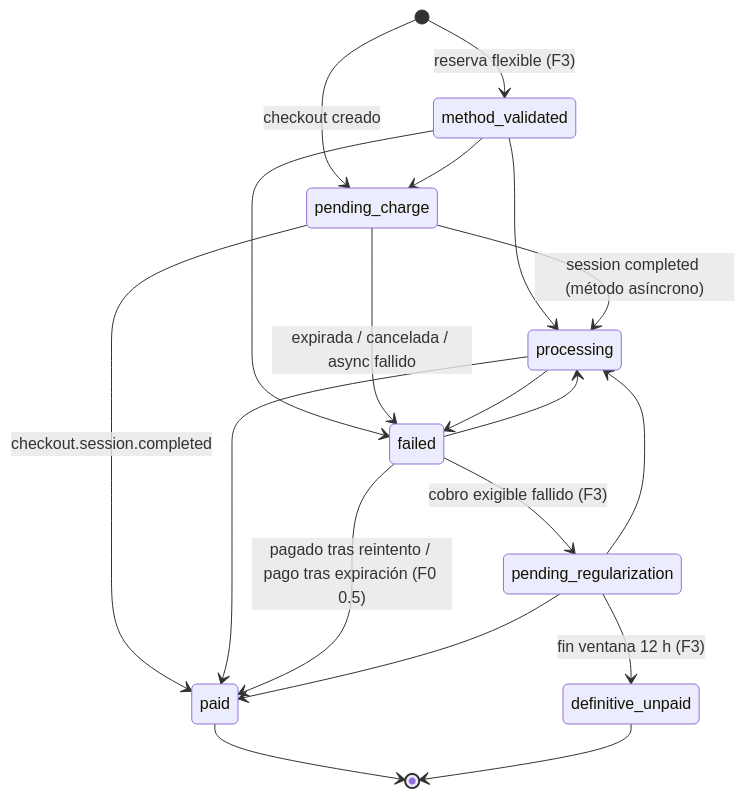
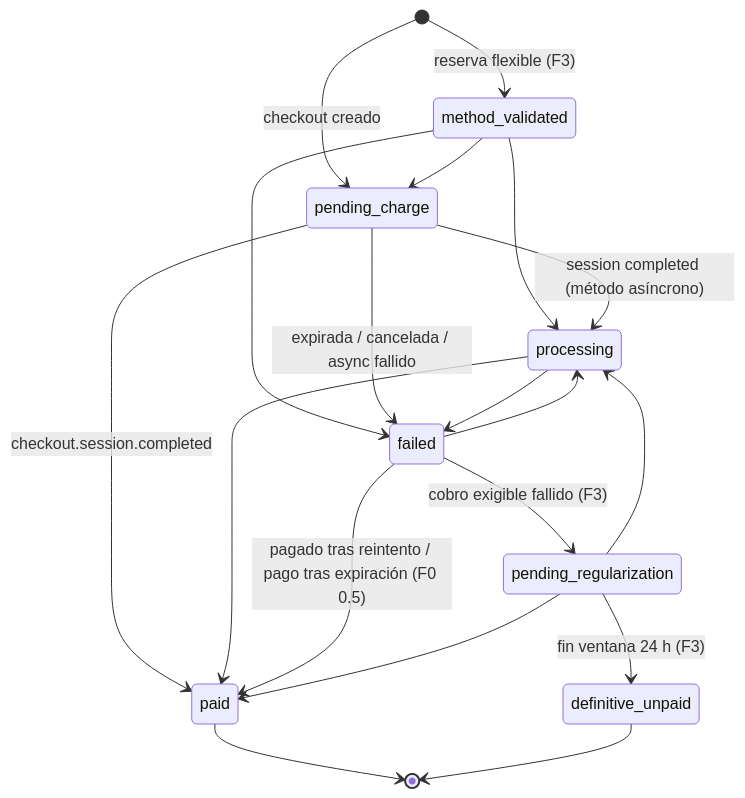
The second of 4 diagrams in docs/payments/F1-modelo-economico.md (Idahir2406/booking-service), drawn with Mermaid before and after one commit. The commit also changed other lines of this file and 119 other files, not shown here.

````diff
--- a/docs/payments/F1-modelo-economico.md
+++ b/docs/payments/F1-modelo-economico.md
@@ -159,21 +159,21 @@
 ```mermaid
 stateDiagram-v2
   [*] --> method_validated: reserva flexible (F3)
   [*] --> pending_charge: checkout creado
   method_validated --> pending_charge
   method_validated --> processing
   method_validated --> failed
   pending_charge --> processing: session completed (método asíncrono)
   pending_charge --> paid: checkout.session.completed
   pending_charge --> failed: expirada / cancelada / async fallido
   processing --> paid
   processing --> failed
   failed --> paid: pagado tras reintento / pago tras expiración (F0 0.5)
   failed --> processing
   failed --> pending_regularization: cobro exigible fallido (F3)
   pending_regularization --> paid
   pending_regularization --> processing
-  pending_regularization --> definitive_unpaid: fin ventana 12 h (F3)
+  pending_regularization --> definitive_unpaid: fin ventana 24 h (F3)
   paid --> [*]
   definitive_unpaid --> [*]
 ```
````
